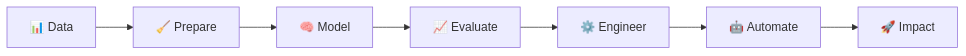
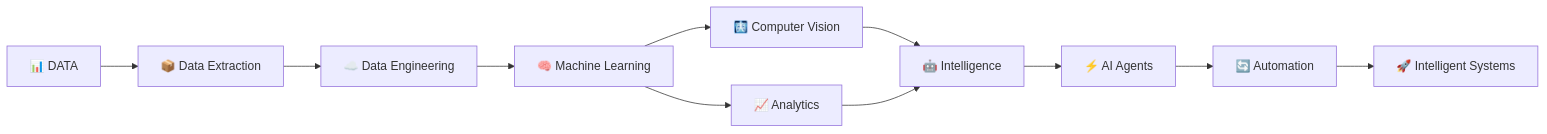
The second of 6 diagrams in README.md (Muhammad-Riyan1/Muhammad-Riyan1), drawn with Mermaid before and after one commit. The commit also changed other lines of this file, not shown here.

````diff
--- a/README.md
+++ b/README.md
@@ -49,9 +166,22 @@
 ```mermaid
 flowchart LR
-    A["📊 Data"] --> B["🧹 Prepare"]
-    B --> C["🧠 Model"]
-    C --> D["📈 Evaluate"]
-    D --> E["⚙️ Engineer"]
-    E --> F["🤖 Automate"]
-    F --> G["🚀 Impact"]
+
+    DATA["📊 DATA"]
+
+    DATA --> EXT["📦 Data Extraction"]
+    EXT --> ENG["☁️ Data Engineering"]
+
+    ENG --> ML["🧠 Machine Learning"]
+
+    ML --> CV["🩻 Computer Vision"]
+    ML --> ANALYSIS["📈 Analytics"]
+
+    CV --> INT["🤖 Intelligence"]
+    ANALYSIS --> INT
+
+    INT --> AGENT["⚡ AI Agents"]
+
+    AGENT --> AUTO["🔄 Automation"]
+
+    AUTO --> SYSTEM["🚀 Intelligent Systems"]
 ```
````
